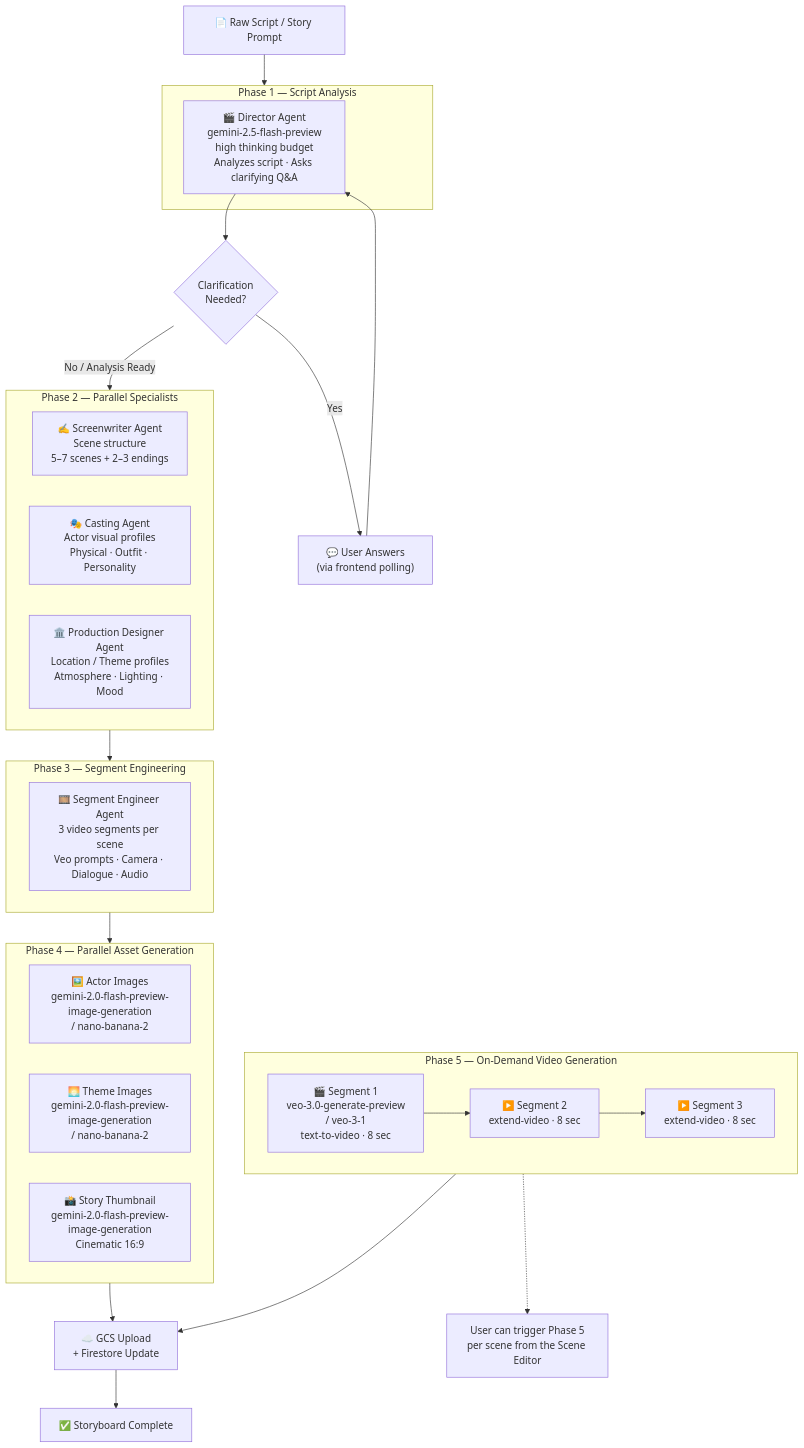
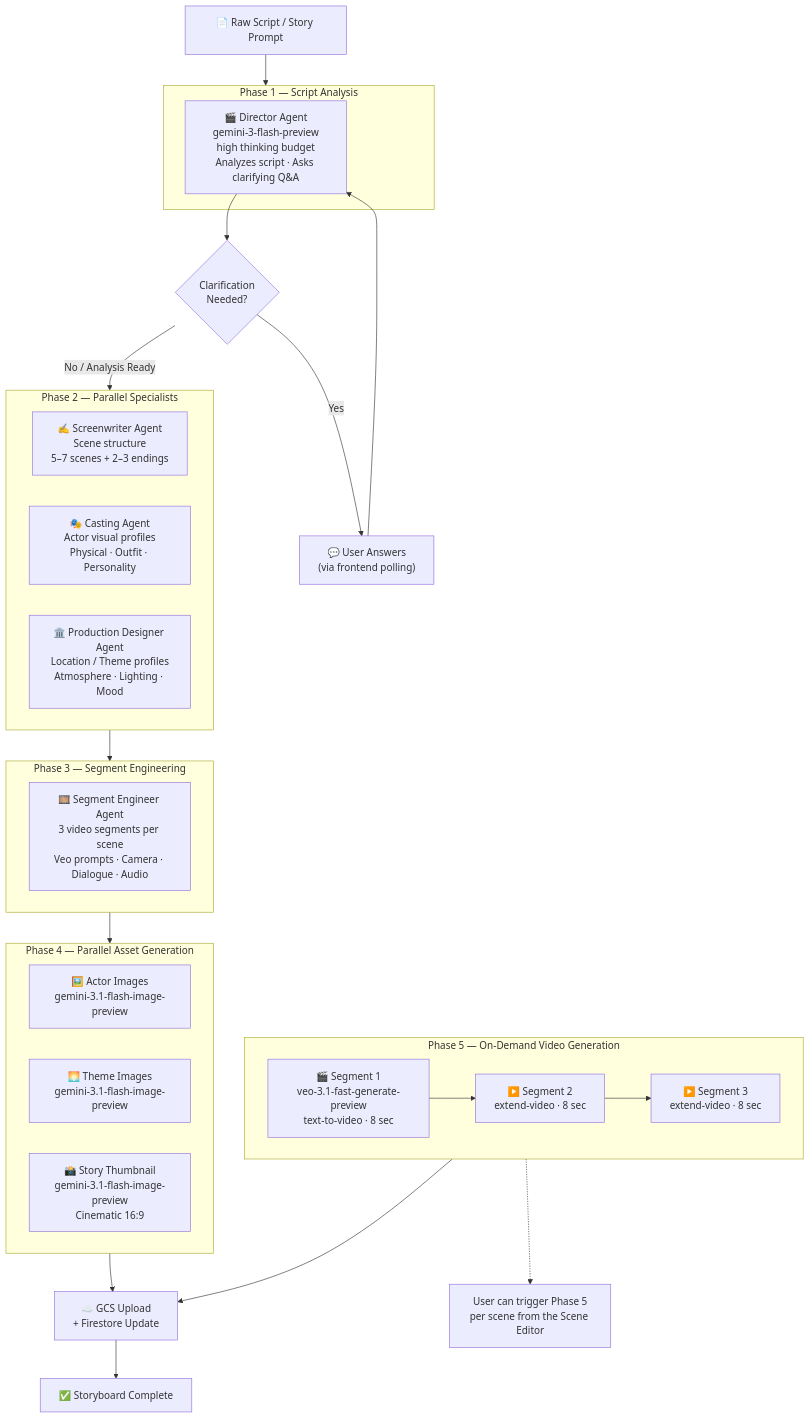
One commit to bwbayu/SceneStudio changed the second of 9 diagrams in docs/architecture.md. Above: the diagram before and after it, drawn with Mermaid. The commit also changed other lines of this file and 5 other files, not shown here.

````diff
--- a/docs/architecture.md
+++ b/docs/architecture.md
@@ -66,52 +66,52 @@
 ```mermaid
 flowchart TD
     Script["📄 Raw Script / Story Prompt"]
 
     subgraph Phase1["Phase 1 — Script Analysis"]
-        Director["🎬 Director Agent\ngemini-2.5-flash-preview\nhigh thinking budget\nAnalyzes script · Asks clarifying Q&A"]
+        Director["🎬 Director Agent\ngemini-3-flash-preview\nhigh thinking budget\nAnalyzes script · Asks clarifying Q&A"]
     end
 
     QA{"Clarification\nNeeded?"}
     UserAnswer["💬 User Answers\n(via frontend polling)"]
 
     subgraph Phase2["Phase 2 — Parallel Specialists"]
         direction LR
         Screenwriter["✍️ Screenwriter Agent\nScene structure\n5–7 scenes + 2–3 endings"]
         Casting["🎭 Casting Agent\nActor visual profiles\nPhysical · Outfit · Personality"]
         Designer["🏛️ Production Designer Agent\nLocation / Theme profiles\nAtmosphere · Lighting · Mood"]
     end
 
     subgraph Phase3["Phase 3 — Segment Engineering"]
         SegEng["🎞️ Segment Engineer Agent\n3 video segments per scene\nVeo prompts · Camera · Dialogue · Audio"]
     end
 
     subgraph Phase4["Phase 4 — Parallel Asset Generation"]
         direction LR
-        ActorImg["🖼️ Actor Images\ngemini-2.0-flash-preview-image-generation\n/ nano-banana-2"]
-        ThemeImg["🌅 Theme Images\ngemini-2.0-flash-preview-image-generation\n/ nano-banana-2"]
-        Thumb["📸 Story Thumbnail\ngemini-2.0-flash-preview-image-generation\nCinematic 16:9"]
+        ActorImg["🖼️ Actor Images\ngemini-3.1-flash-image-preview"]
+        ThemeImg["🌅 Theme Images\ngemini-3.1-flash-image-preview"]
+        Thumb["📸 Story Thumbnail\ngemini-3.1-flash-image-preview\nCinematic 16:9"]
     end
 
     subgraph Phase5["Phase 5 — On-Demand Video Generation"]
-        Veo1["🎬 Segment 1\nveo-3.0-generate-preview\n/ veo-3-1\ntext-to-video · 8 sec"]
+        Veo1["🎬 Segment 1\nveo-3.1-fast-generate-preview\ntext-to-video · 8 sec"]
         Veo2["▶️ Segment 2\nextend-video · 8 sec"]
         Veo3["▶️ Segment 3\nextend-video · 8 sec"]
     end
 
     GCS_Store["☁️ GCS Upload\n+ Firestore Update"]
     StoryboardReady["✅ Storyboard Complete"]
 
     Script --> Phase1
     Director --> QA
     QA -- "Yes" --> UserAnswer --> Director
     QA -- "No / Analysis Ready" --> Phase2
     Phase2 --> Phase3
     Phase3 --> Phase4
     Veo1 --> Veo2 --> Veo3
     Phase4 --> GCS_Store
     Phase5 --> GCS_Store
     GCS_Store --> StoryboardReady
 
     note1["User can trigger Phase 5\nper scene from the Scene Editor"]
     Phase5 -.-> note1
 ```
````
